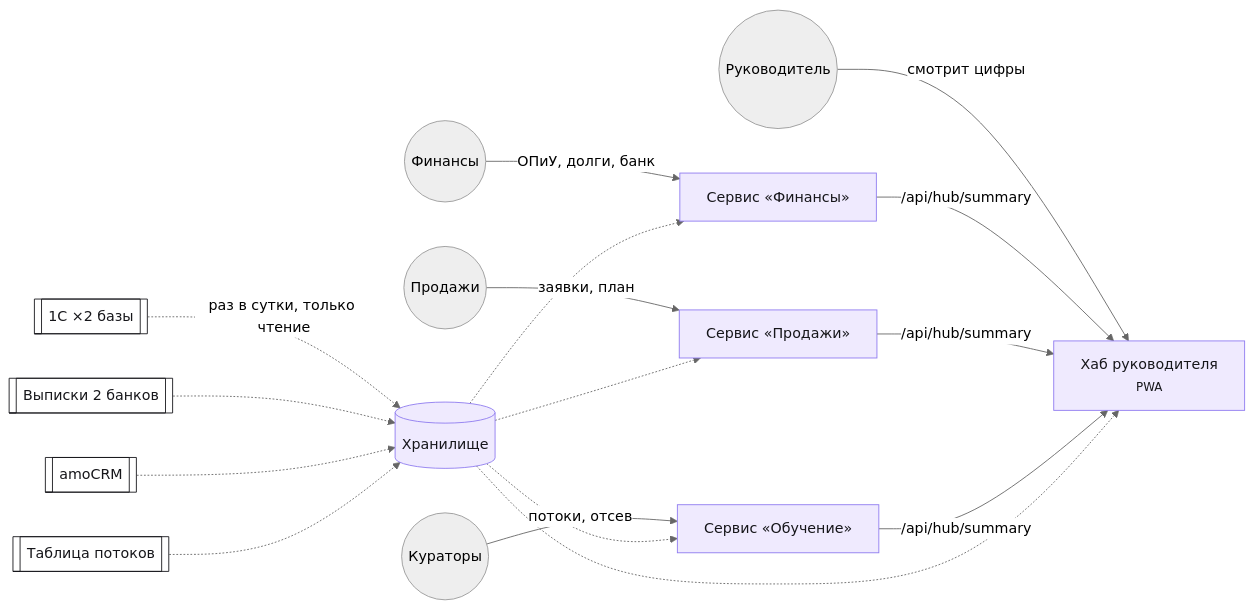
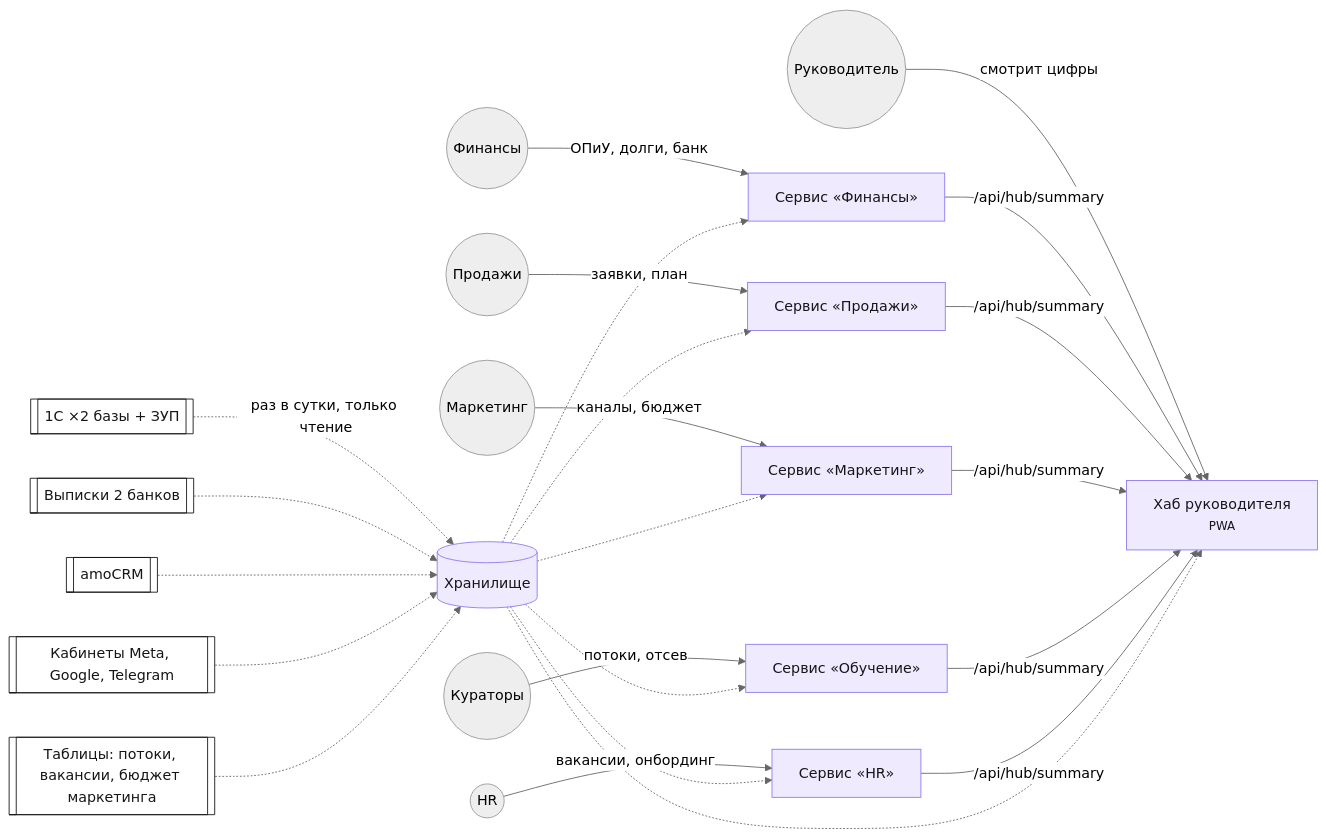
Before and after one commit to aza9908/airl-skills: the first of 5 diagrams in examples/airl-hub-demo/ARCHITECTURE.md, drawn with Mermaid (neutral theme). The commit also changed other lines of this file and 123 other files, not shown here.

````diff
--- a/examples/airl-hub-demo/ARCHITECTURE.md
+++ b/examples/airl-hub-demo/ARCHITECTURE.md
@@ -32,17 +32,20 @@
 ```mermaid
 flowchart LR
     CEO((Руководитель)) -->|смотрит цифры| H["Хаб руководителя<br/><small>PWA</small>"]
     FD((Финансы)) -->|ОПиУ, долги, банк| F["Сервис «Финансы»"]
     SM((Продажи)) -->|заявки, план| S["Сервис «Продажи»"]
+    MK((Маркетинг)) -->|каналы, бюджет| M["Сервис «Маркетинг»"]
     CU((Кураторы)) -->|потоки, отсев| E["Сервис «Обучение»"]
-    F & S & E -->|/api/hub/summary| H
-    C1[["1С ×2 базы"]] -.->|раз в сутки, только чтение| DWH[("Хранилище")]
+    HRP((HR)) -->|вакансии, онбординг| R["Сервис «HR»"]
+    F & S & M & E & R -->|/api/hub/summary| H
+    C1[["1С ×2 базы + ЗУП"]] -.->|раз в сутки, только чтение| DWH[("Хранилище")]
     BK[["Выписки 2 банков"]] -.-> DWH
     AMO[["amoCRM"]] -.-> DWH
-    GS[["Таблица потоков"]] -.-> DWH
-    DWH -.-> H & F & S & E
+    ADS[["Кабинеты Meta, Google, Telegram"]] -.-> DWH
+    GS[["Таблицы: потоки, вакансии, бюджет маркетинга"]] -.-> DWH
+    DWH -.-> H & F & S & M & E & R
     classDef new fill:#efeafe,stroke:#8f7bf0,color:#16161a
     classDef ext fill:#ffffff,stroke:#16161a,color:#16161a
-    class H,F,S,E,DWH new
-    class C1,BK,AMO,GS ext
+    class H,F,S,M,E,R,DWH new
+    class C1,BK,AMO,GS,ADS ext
 ```
````
